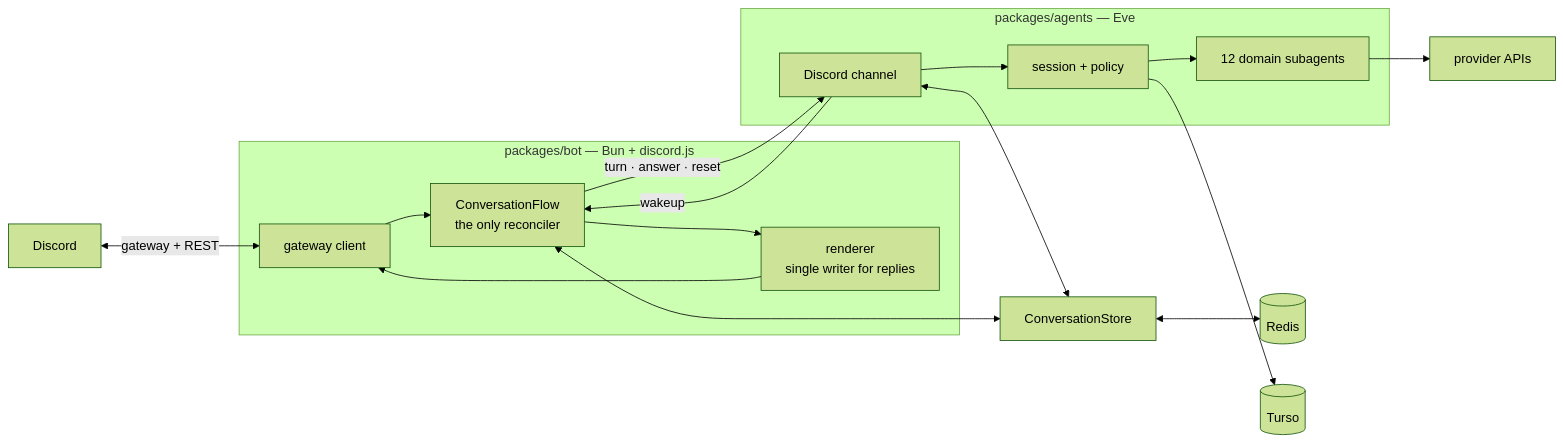
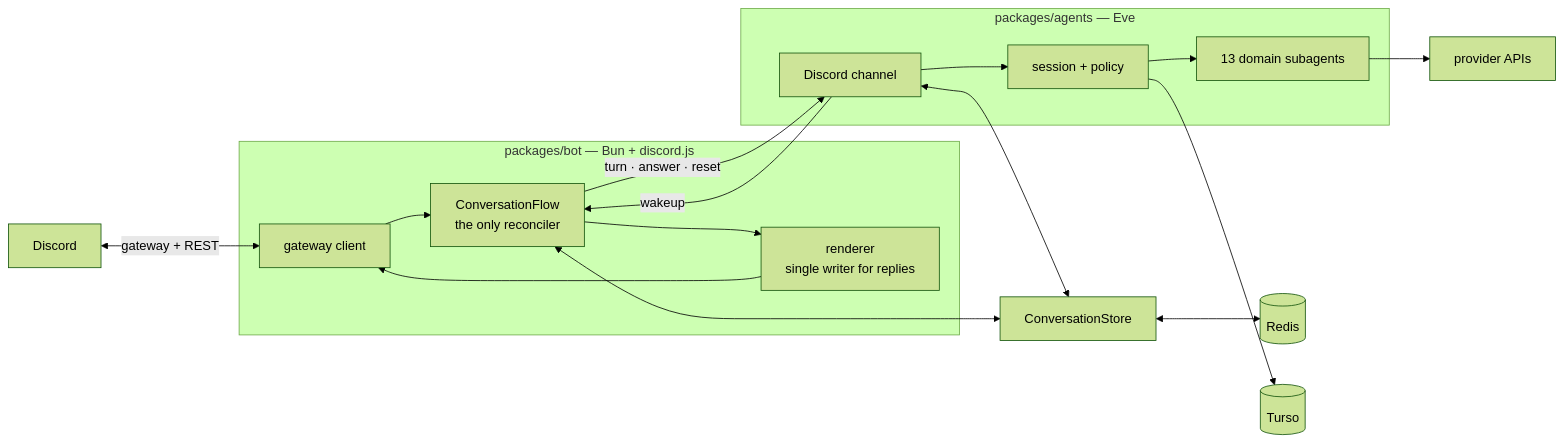
Before and after one commit to purduehackers/wack-hacker: the diagram in README.md, drawn with Mermaid (forest theme). The commit also changed other lines of this file and 126 other files, not shown here.

Commit message:
Add full Buffer API tools and reusable Discord charts (#200)

````diff
--- a/README.md
+++ b/README.md
@@ -15,31 +15,31 @@
 ```mermaid
 flowchart LR
   D[Discord]
 
   subgraph bot["packages/bot — Bun + discord.js"]
     GW["gateway client"]
     FL["ConversationFlow<br/>the only reconciler"]
     RN["renderer<br/>single writer for replies"]
   end
 
   subgraph agents["packages/agents — Eve"]
     CH["Discord channel"]
     SE["session + policy"]
-    TO["12 domain subagents"]
+    TO["13 domain subagents"]
   end
 
   ST["ConversationStore"]
   R[("Redis")]
   T[("Turso")]
   API["provider APIs"]
 
   D <-->|gateway + REST| GW
   GW --> FL --> RN --> GW
   FL <--> ST
   CH <--> ST
   ST <--> R
   FL -->|turn · answer · reset| CH
   CH -->|wakeup| FL
   CH --> SE --> TO --> API
   SE --> T
 ```
````
